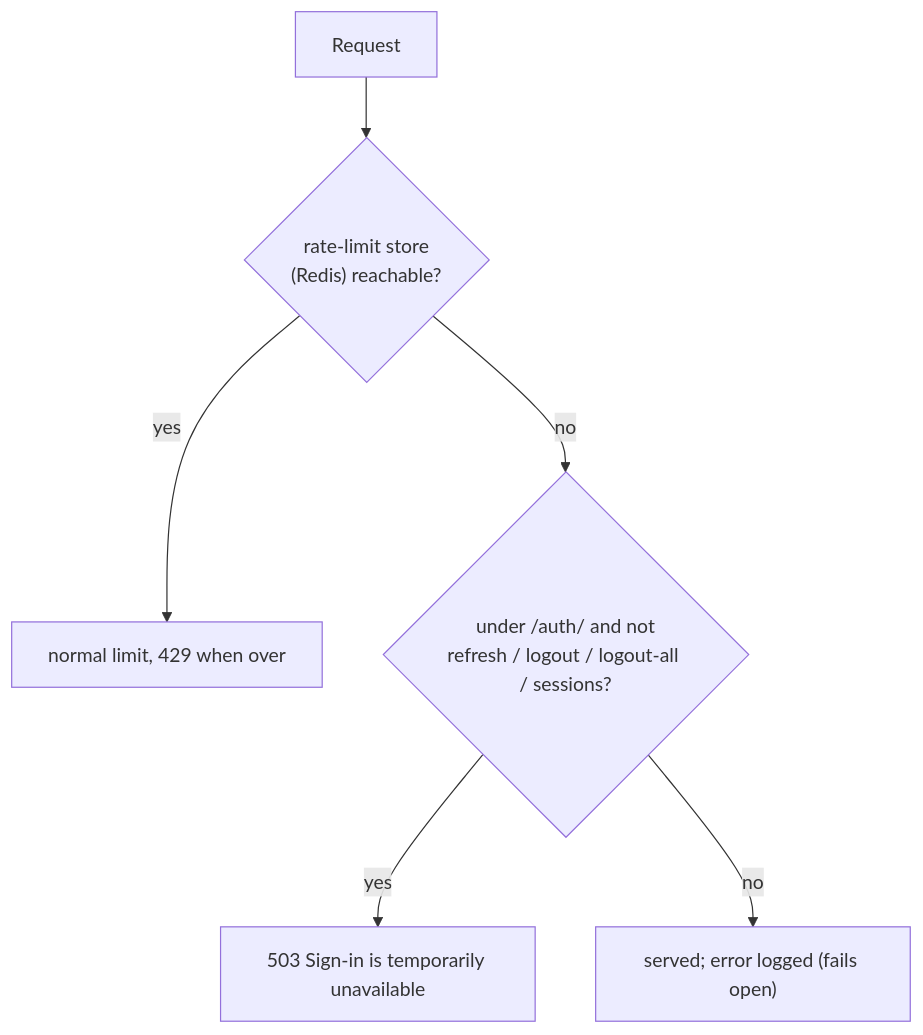
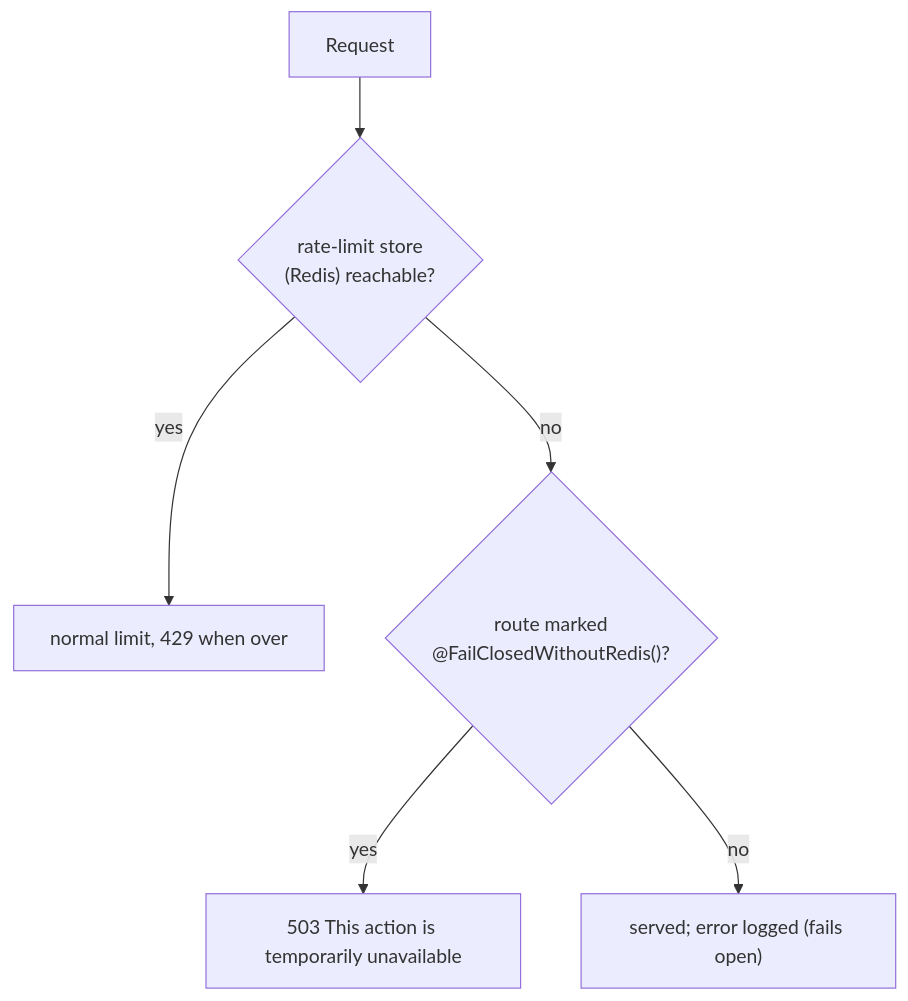
Before and after one commit to tareq89/biddaloy: the second of 16 diagrams in docs/architecture/08-security.md, drawn with Mermaid. The commit also changed other lines of this file and 12 other files, not shown here.

````diff
--- a/docs/architecture/08-security.md
+++ b/docs/architecture/08-security.md
@@ -72,8 +72,8 @@
 ```mermaid
 flowchart TD
   R[Request] --> T{"rate-limit store<br/>(Redis) reachable?"}
   T -- yes --> N[normal limit, 429 when over]
-  T -- no --> A{"under /auth/ and not<br/>refresh / logout / logout-all / sessions?"}
-  A -- yes --> X["503 Sign-in is temporarily unavailable"]
+  T -- no --> A{"route marked<br/>@FailClosedWithoutRedis()?"}
+  A -- yes --> X["503 This action is temporarily unavailable"]
   A -- no --> O["served; error logged (fails open)"]
 ```
````
